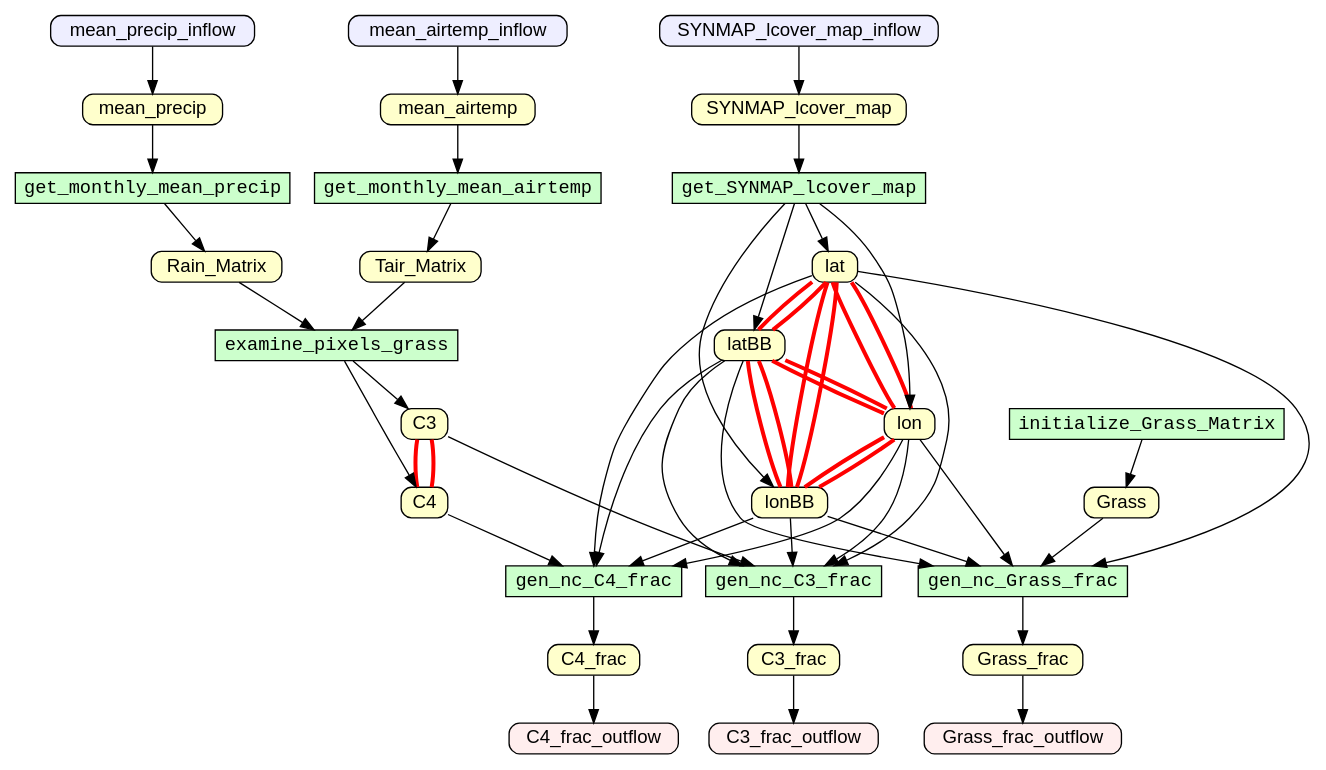
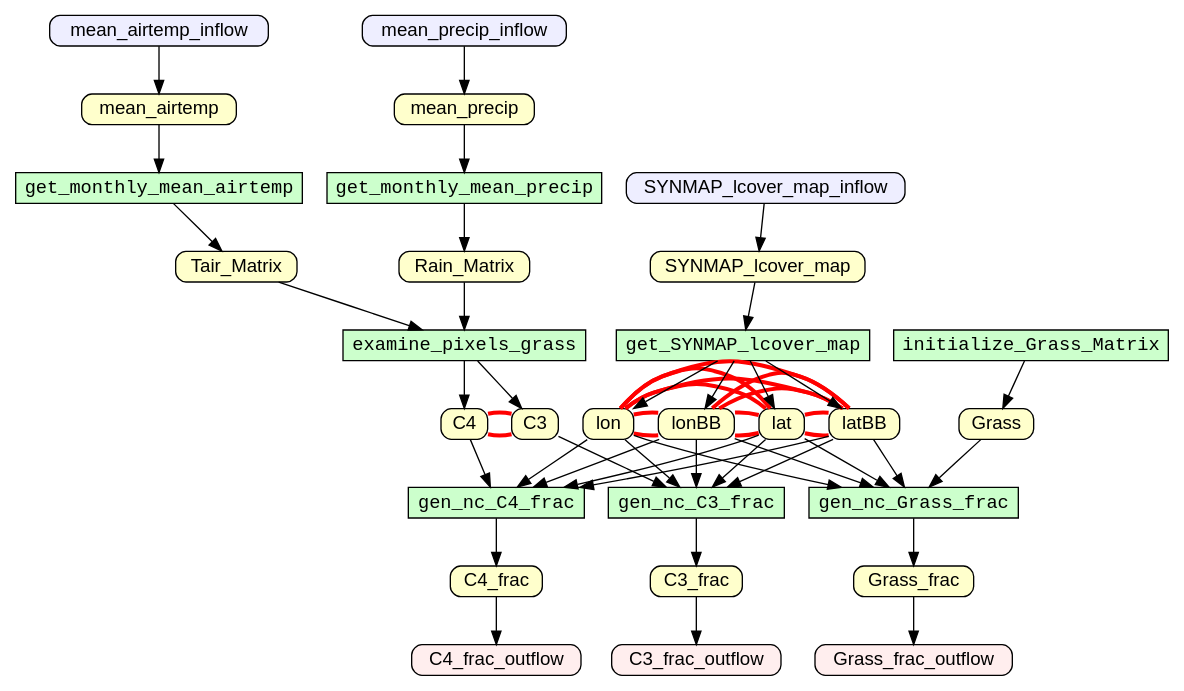
Before and after one commit to yesworkflow-org/yw-tapp-17-assert: the diagram in toy-examples/examples/c3c4/g.gv, drawn with Graphviz. The commit also changed 2 other files, not shown here.

Commit message:
simulate_data_collection upEQV without inputs; constraint=false

```diff
--- a/toy-examples/examples/c3c4/g.gv
+++ b/toy-examples/examples/c3c4/g.gv
@@ -1,87 +1,87 @@
 digraph {
 rankdir=TB
 node [shape=box,fontname=Helvetica,fontsize=14,height=0,width=0]
 edge [fontname=Helvetica,fontsize=12]
 "C3"[style="filled,rounded" fillcolor="#FFFFCC",label="C3"]
 "C3_frac"[style="filled,rounded" fillcolor="#FFFFCC",label="C3_frac"]
 "C4"[style="filled,rounded" fillcolor="#FFFFCC",label="C4"]
 "C4_frac"[style="filled,rounded" fillcolor="#FFFFCC",label="C4_frac"]
 "Grass"[style="filled,rounded" fillcolor="#FFFFCC",label="Grass"]
 "Grass_frac"[style="filled,rounded" fillcolor="#FFFFCC",label="Grass_frac"]
 "Rain_Matrix"[style="filled,rounded" fillcolor="#FFFFCC",label="Rain_Matrix"]
 "SYNMAP_lcover_map"[style="filled,rounded" fillcolor="#FFFFCC",label="SYNMAP_lcover_map"]
 "Tair_Matrix"[style="filled,rounded" fillcolor="#FFFFCC",label="Tair_Matrix"]
 "lat"[style="filled,rounded" fillcolor="#FFFFCC",label="lat"]
 "latBB"[style="filled,rounded" fillcolor="#FFFFCC",label="latBB"]
 "lon"[style="filled,rounded" fillcolor="#FFFFCC",label="lon"]
 "lonBB"[style="filled,rounded" fillcolor="#FFFFCC",label="lonBB"]
 "mean_airtemp"[style="filled,rounded" fillcolor="#FFFFCC",label="mean_airtemp"]
 "mean_precip"[style="filled,rounded" fillcolor="#FFFFCC",label="mean_precip"]
 "C3_frac_outflow"[style="filled,rounded" fillcolor="#FFEEEE",label="C3_frac_outflow"]
 "C4_frac_outflow"[style="filled,rounded" fillcolor="#FFEEEE",label="C4_frac_outflow"]
 "Grass_frac_outflow"[style="filled,rounded" fillcolor="#FFEEEE",label="Grass_frac_outflow"]
 "SYNMAP_lcover_map_inflow"[style="filled,rounded" fillcolor="#EEEEFF",label="SYNMAP_lcover_map_inflow"]
 "initialize_Grass_Matrix"[style="filled,rounded" fillcolor="#EEEEFF",label="initialize_Grass_Matrix"]
 "mean_airtemp_inflow"[style="filled,rounded" fillcolor="#EEEEFF",label="mean_airtemp_inflow"]
 "mean_precip_inflow"[style="filled,rounded" fillcolor="#EEEEFF",label="mean_precip_inflow"]
 "examine_pixels_grass"[style="filled" fontname=Courier fillcolor="#CCFFCC",label="examine_pixels_grass"]
 "gen_nc_C3_frac"[style="filled" fontname=Courier fillcolor="#CCFFCC",label="gen_nc_C3_frac"]
 "gen_nc_C4_frac"[style="filled" fontname=Courier fillcolor="#CCFFCC",label="gen_nc_C4_frac"]
 "gen_nc_Grass_frac"[style="filled" fontname=Courier fillcolor="#CCFFCC",label="gen_nc_Grass_frac"]
 "get_SYNMAP_lcover_map"[style="filled" fontname=Courier fillcolor="#CCFFCC",label="get_SYNMAP_lcover_map"]
 "get_monthly_mean_airtemp"[style="filled" fontname=Courier fillcolor="#CCFFCC",label="get_monthly_mean_airtemp"]
 "get_monthly_mean_precip"[style="filled" fontname=Courier fillcolor="#CCFFCC",label="get_monthly_mean_precip"]
 "initialize_Grass_Matrix"[style="filled" fontname=Courier fillcolor="#CCFFCC",label="initialize_Grass_Matrix"]
 C3 -> gen_nc_C3_frac [color="#000000"]
 C3_frac -> C3_frac_outflow [color="#000000"]
 C4 -> gen_nc_C4_frac [color="#000000"]
 C4_frac -> C4_frac_outflow [color="#000000"]
 Grass -> gen_nc_Grass_frac [color="#000000"]
 Grass_frac -> Grass_frac_outflow [color="#000000"]
 Rain_Matrix -> examine_pixels_grass [color="#000000"]
 SYNMAP_lcover_map -> get_SYNMAP_lcover_map [color="#000000"]
 SYNMAP_lcover_map_inflow -> SYNMAP_lcover_map [color="#000000"]
 Tair_Matrix -> examine_pixels_grass [color="#000000"]
 examine_pixels_grass -> C3 [color="#000000"]
 examine_pixels_grass -> C4 [color="#000000"]
 gen_nc_C3_frac -> C3_frac [color="#000000"]
 gen_nc_C4_frac -> C4_frac [color="#000000"]
 gen_nc_Grass_frac -> Grass_frac [color="#000000"]
 get_SYNMAP_lcover_map -> lat [color="#000000"]
 get_SYNMAP_lcover_map -> latBB [color="#000000"]
 get_SYNMAP_lcover_map -> lon [color="#000000"]
 get_SYNMAP_lcover_map -> lonBB [color="#000000"]
 get_monthly_mean_airtemp -> Tair_Matrix [color="#000000"]
 get_monthly_mean_precip -> Rain_Matrix [color="#000000"]
 initialize_Grass_Matrix -> Grass [color="#000000"]
 lat -> gen_nc_C3_frac [color="#000000"]
 lat -> gen_nc_C4_frac [color="#000000"]
 lat -> gen_nc_Grass_frac [color="#000000"]
 latBB -> gen_nc_C3_frac [color="#000000"]
 latBB -> gen_nc_C4_frac [color="#000000"]
 latBB -> gen_nc_Grass_frac [color="#000000"]
 lon -> gen_nc_C3_frac [color="#000000"]
 lon -> gen_nc_C4_frac [color="#000000"]
 lon -> gen_nc_Grass_frac [color="#000000"]
 lonBB -> gen_nc_C3_frac [color="#000000"]
 lonBB -> gen_nc_C4_frac [color="#000000"]
 lonBB -> gen_nc_Grass_frac [color="#000000"]
 mean_airtemp -> get_monthly_mean_airtemp [color="#000000"]
 mean_airtemp_inflow -> mean_airtemp [color="#000000"]
 mean_precip -> get_monthly_mean_precip [color="#000000"]
 mean_precip_inflow -> mean_precip [color="#000000"]
-C3 -> C4 [constraint=true color="#FF0000" dir=none penwidth=3]
-C4 -> C3 [constraint=true color="#FF0000" dir=none penwidth=3]
-lat -> latBB [constraint=true color="#FF0000" dir=none penwidth=3]
-lat -> lon [constraint=true color="#FF0000" dir=none penwidth=3]
-lat -> lonBB [constraint=true color="#FF0000" dir=none penwidth=3]
-latBB -> lat [constraint=true color="#FF0000" dir=none penwidth=3]
-latBB -> lon [constraint=true color="#FF0000" dir=none penwidth=3]
-latBB -> lonBB [constraint=true color="#FF0000" dir=none penwidth=3]
-lon -> lat [constraint=true color="#FF0000" dir=none penwidth=3]
-lon -> latBB [constraint=true color="#FF0000" dir=none penwidth=3]
-lon -> lonBB [constraint=true color="#FF0000" dir=none penwidth=3]
-lonBB -> lat [constraint=true color="#FF0000" dir=none penwidth=3]
-lonBB -> latBB [constraint=true color="#FF0000" dir=none penwidth=3]
-lonBB -> lon [constraint=true color="#FF0000" dir=none penwidth=3]
+C3 -> C4 [constraint=false color="#FF0000" dir=none penwidth=3]
+C4 -> C3 [constraint=false color="#FF0000" dir=none penwidth=3]
+lat -> latBB [constraint=false color="#FF0000" dir=none penwidth=3]
+lat -> lon [constraint=false color="#FF0000" dir=none penwidth=3]
+lat -> lonBB [constraint=false color="#FF0000" dir=none penwidth=3]
+latBB -> lat [constraint=false color="#FF0000" dir=none penwidth=3]
+latBB -> lon [constraint=false color="#FF0000" dir=none penwidth=3]
+latBB -> lonBB [constraint=false color="#FF0000" dir=none penwidth=3]
+lon -> lat [constraint=false color="#FF0000" dir=none penwidth=3]
+lon -> latBB [constraint=false color="#FF0000" dir=none penwidth=3]
+lon -> lonBB [constraint=false color="#FF0000" dir=none penwidth=3]
+lonBB -> lat [constraint=false color="#FF0000" dir=none penwidth=3]
+lonBB -> latBB [constraint=false color="#FF0000" dir=none penwidth=3]
+lonBB -> lon [constraint=false color="#FF0000" dir=none penwidth=3]
 }
```
